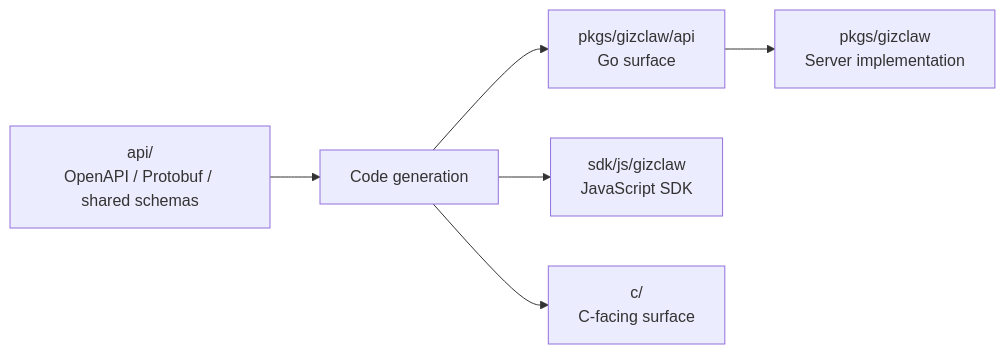
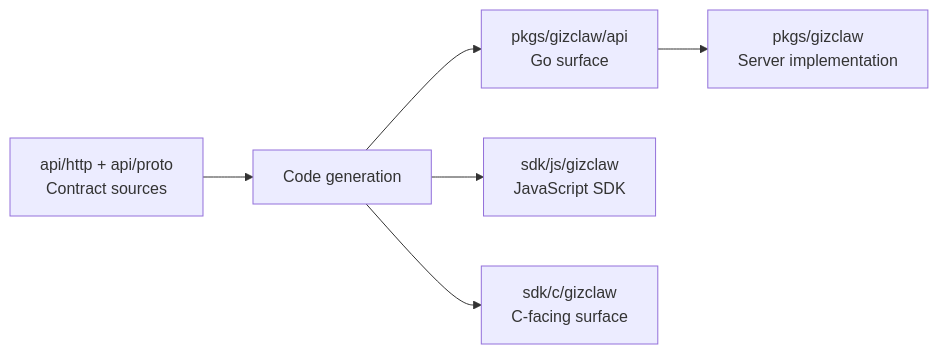
Before and after one commit to GizClaw/gizclaw: the diagram in guides/zh/developing/gizclaw/api.md, drawn with Mermaid. The commit also changed other lines of this file and 109 other files, not shown here.

````diff
--- a/guides/zh/developing/gizclaw/api.md
+++ b/guides/zh/developing/gizclaw/api.md
@@ -7,8 +7,8 @@
 ```mermaid
 flowchart LR
-    Schema["api/<br/>OpenAPI / Protobuf / shared schemas"] --> Generate["Code generation"]
+    Schema["api/http + api/proto<br/>Contract sources"] --> Generate["Code generation"]
     Generate --> Go["pkgs/gizclaw/api<br/>Go surface"]
     Generate --> JS["sdk/js/gizclaw<br/>JavaScript SDK"]
-    Generate --> C["c/<br/>C-facing surface"]
+    Generate --> C["sdk/c/gizclaw<br/>C-facing surface"]
     Go --> Server["pkgs/gizclaw<br/>Server implementation"]
 ```
````
